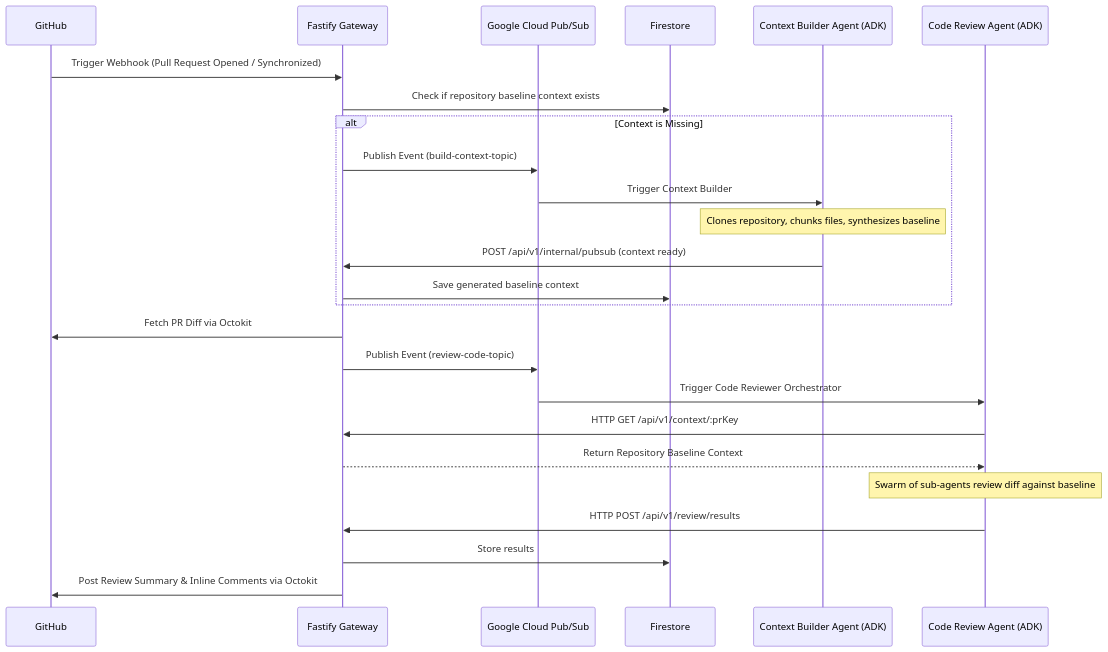
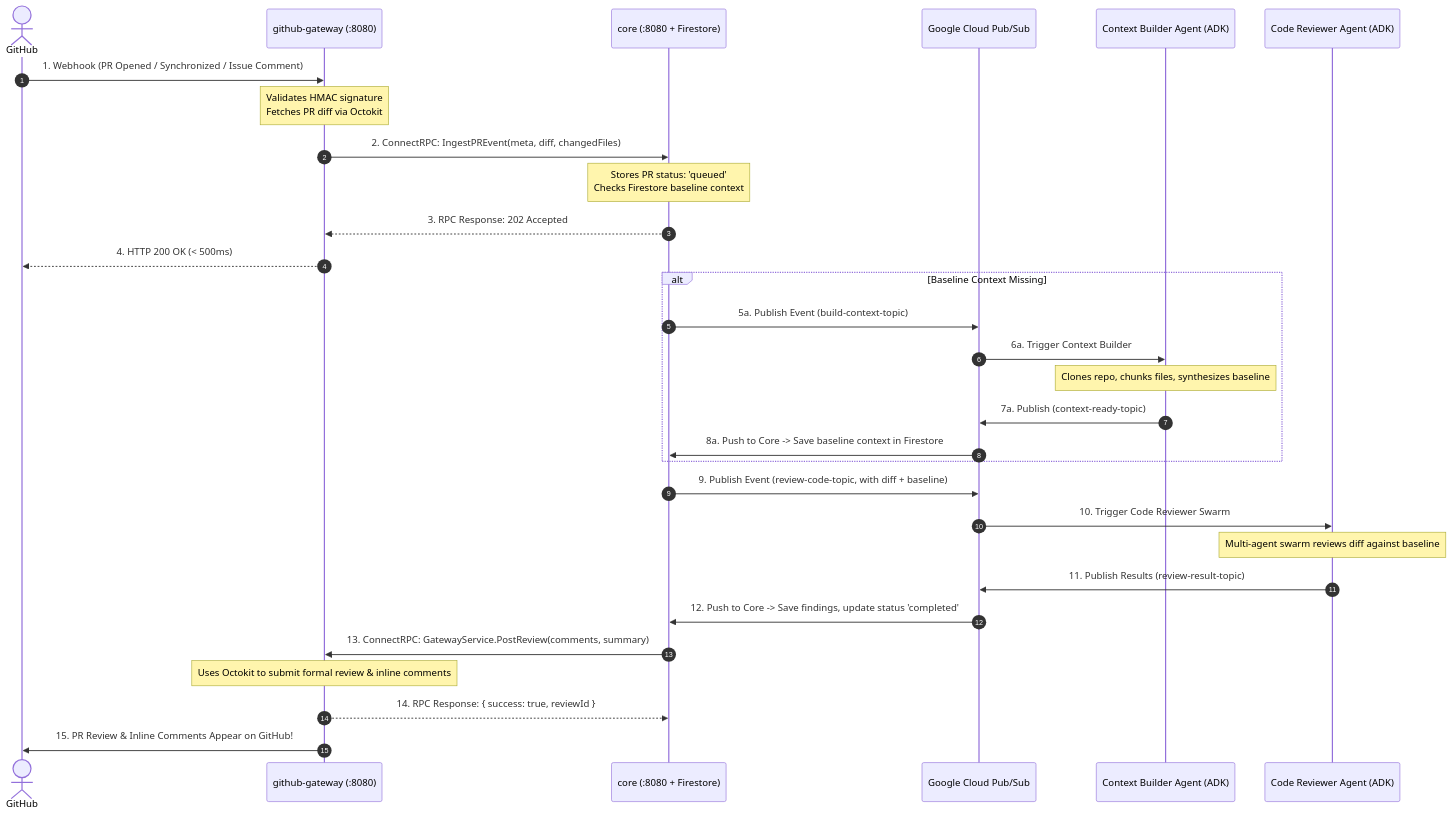
Before and after one commit to usermeme/code-review-agent: the diagram in README.md, drawn with Mermaid. The commit also changed other lines of this file and 148 other files, not shown here.

````diff
--- a/README.md
+++ b/README.md
@@ -21,35 +23,40 @@
 ```mermaid
 sequenceDiagram
-    participant GitHub
-    participant Gateway as Fastify Gateway
-    participant PubSub as Google Cloud Pub/Sub
-    participant DB as Firestore
-    participant ContextAgent as Context Builder Agent (ADK)
-    participant ReviewAgent as Code Review Agent (ADK)
+    autonumber
+    actor GitHub
+    participant GW as github-gateway (:8080)
+    participant Core as core (:8080 + Firestore)
+    participant Bus as Google Cloud Pub/Sub
+    participant CtxAgent as Context Builder Agent (ADK)
+    participant RevAgent as Code Reviewer Agent (ADK)
 
-    %% Webhook ingestion and DB check
-    GitHub->>Gateway: Trigger Webhook (Pull Request Opened / Synchronized)
-    Gateway->>DB: Check if repository baseline context exists
+    %% 1. Ingress
+    GitHub->>GW: 1. Webhook (PR Opened / Synchronized / Issue Comment)
+    Note over GW: Validates HMAC signature<br/>Fetches PR diff via Octokit
+    GW->>Core: 2. ConnectRPC: IngestPREvent(meta, diff, changedFiles)
+    Note over Core: Stores PR status: 'queued'<br/>Checks Firestore baseline context
+    Core-->>GW: 3. RPC Response: 202 Accepted
+    GW-->>GitHub: 4. HTTP 200 OK (< 500ms)
 
-    alt Context is Missing
-        Gateway->>PubSub: Publish Event (build-context-topic)
-        PubSub->>ContextAgent: Trigger Context Builder
-        Note over ContextAgent: Clones repository, chunks files, synthesizes baseline
-        ContextAgent->>Gateway: POST /api/v1/internal/pubsub (context ready)
-        Gateway->>DB: Save generated baseline context
+    %% 2. Context Orchestration
+    alt Baseline Context Missing
+        Core->>Bus: 5a. Publish Event (build-context-topic)
+        Bus->>CtxAgent: 6a. Trigger Context Builder
+        Note over CtxAgent: Clones repo, chunks files, synthesizes baseline
+        CtxAgent->>Bus: 7a. Publish (context-ready-topic)
+        Bus->>Core: 8a. Push to Core -> Save baseline context in Firestore
     end
 
-    %% Code Review Workflow
-    Gateway->>GitHub: Fetch PR Diff via Octokit
-    Gateway->>PubSub: Publish Event (review-code-topic)
-    PubSub->>ReviewAgent: Trigger Code Reviewer Orchestrator
+    %% 3. Code Review
+    Core->>Bus: 9. Publish Event (review-code-topic, with diff + baseline)
+    Bus->>RevAgent: 10. Trigger Code Reviewer Swarm
+    Note over RevAgent: Multi-agent swarm reviews diff against baseline
+    RevAgent->>Bus: 11. Publish Results (review-result-topic)
 
-    ReviewAgent->>Gateway: HTTP GET /api/v1/context/:prKey
-    Gateway-->>ReviewAgent: Return Repository Baseline Context
-
-    Note over ReviewAgent: Swarm of sub-agents review diff against baseline
-
-    ReviewAgent->>Gateway: HTTP POST /api/v1/review/results
-    Gateway->>DB: Store results
-    Gateway->>GitHub: Post Review Summary & Inline Comments via Octokit
+    %% 4. Review Completion & Egress
+    Bus->>Core: 12. Push to Core -> Save findings, update status 'completed'
+    Core->>GW: 13. ConnectRPC: GatewayService.PostReview(comments, summary)
+    Note over GW: Uses Octokit to submit formal review & inline comments
+    GW-->>Core: 14. RPC Response: { success: true, reviewId }
+    GW->>GitHub: 15. PR Review & Inline Comments Appear on GitHub!
 ```
````
